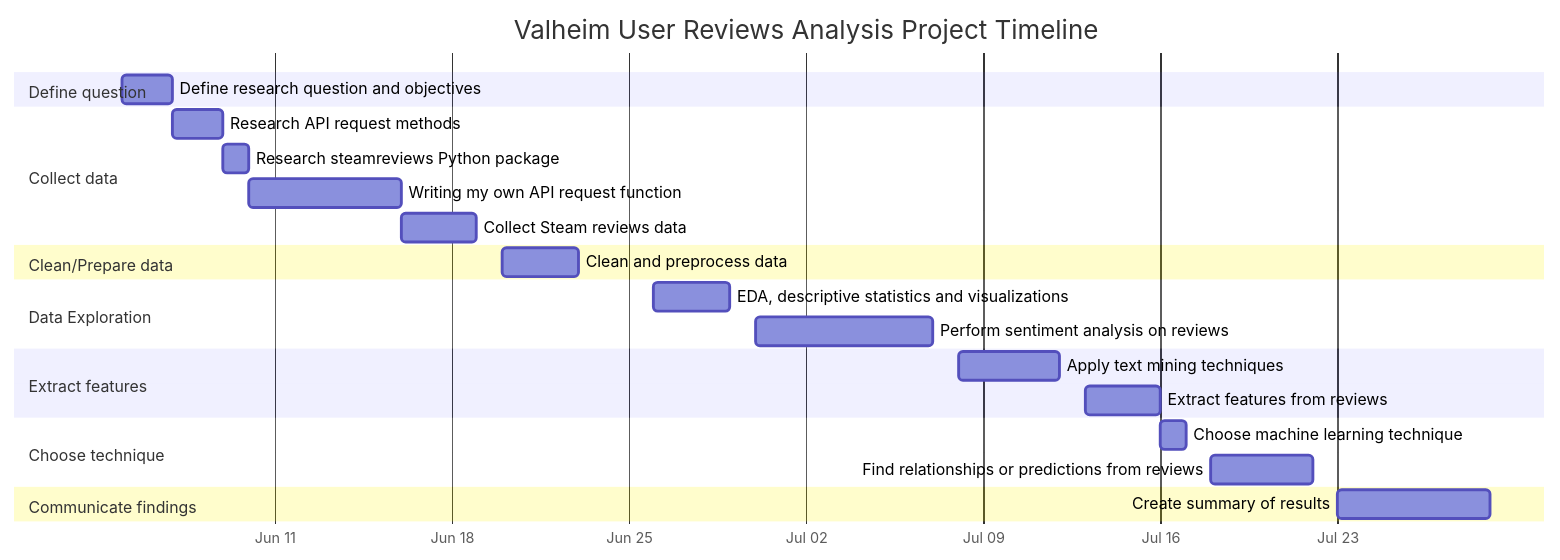
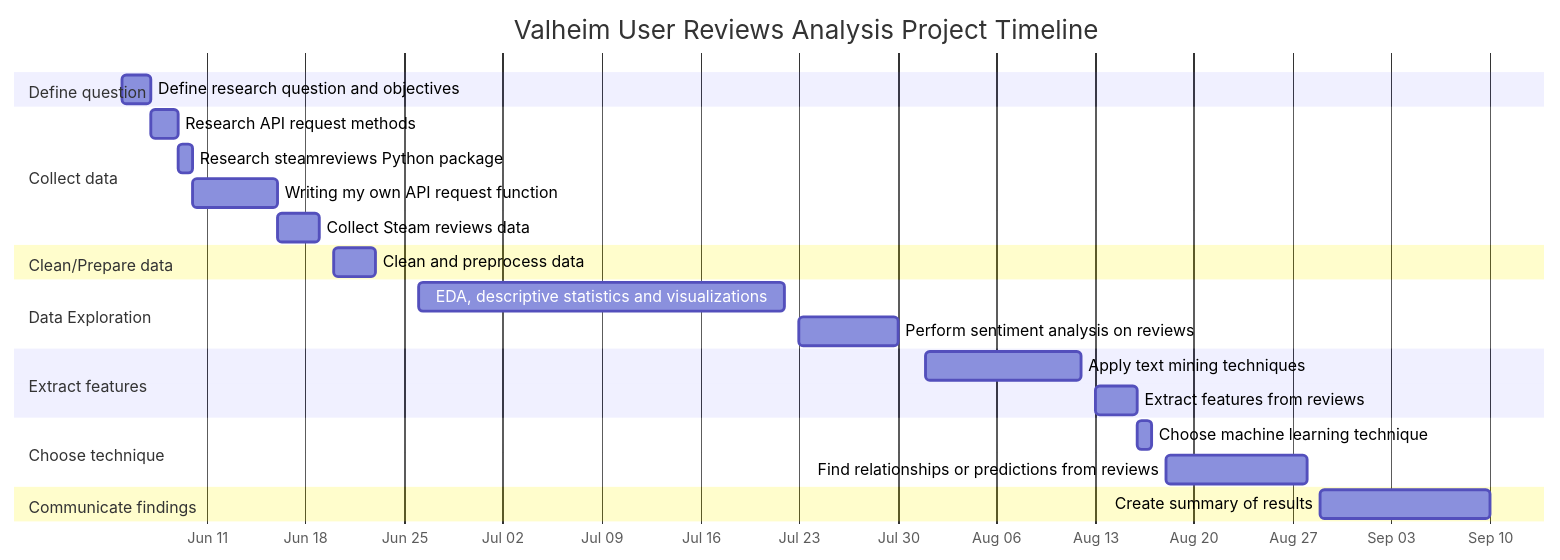
One commit to RalucaN/Steam_reviews changed the second of 2 diagrams in README.md. Above: the diagram before and after it, drawn with Mermaid.

Commit message:
Update schedule from README.md

````diff
--- a/README.md
+++ b/README.md
@@ -108,26 +108,26 @@
 ```mermaid
 gantt
     title Valheim User Reviews Analysis Project Timeline
     dateFormat YYYY-MM-DD
     axisFormat %b %d
     section Define question
         Define research question and objectives: 2023-06-05, 2023-06-07
     section Collect data
         Research API request methods: 2023-06-07, 2023-06-09
         Research steamreviews Python package: 2023-06-09, 2023-06-10
         Writing my own API request function: 2023-06-10, 2023-06-16
         Collect Steam reviews data: 2023-06-16, 2023-06-19
     section Clean/Prepare data
         Clean and preprocess data: 2023-06-20, 2023-06-23
     section Data Exploration
-        EDA, descriptive statistics and visualizations: 2023-06-26, 2023-06-29
-        Perform sentiment analysis on reviews: 2023-06-30, 2023-07-07
+        EDA, descriptive statistics and visualizations: 2023-06-26, 2023-07-22
+        Perform sentiment analysis on reviews: 2023-07-23, 2023-07-30
     section Extract features
-        Apply text mining techniques: 2023-07-08, 2023-07-12
-        Extract features from reviews: 2023-07-13, 2023-07-16
+        Apply text mining techniques: 2023-08-01, 2023-08-12
+        Extract features from reviews: 2023-08-13, 2023-08-16
     section Choose technique
-        Choose machine learning technique: 2023-07-17
-        Find relationships or predictions from reviews: 2023-07-18, 2023-07-22
+        Choose machine learning technique: 2023-08-17
+        Find relationships or predictions from reviews: 2023-08-18, 2023-08-28
     section Communicate findings
-        Create summary of results: 2023-07-23, 2023-07-29
+        Create summary of results: 2023-08-29, 2023-09-10
 ```
````
